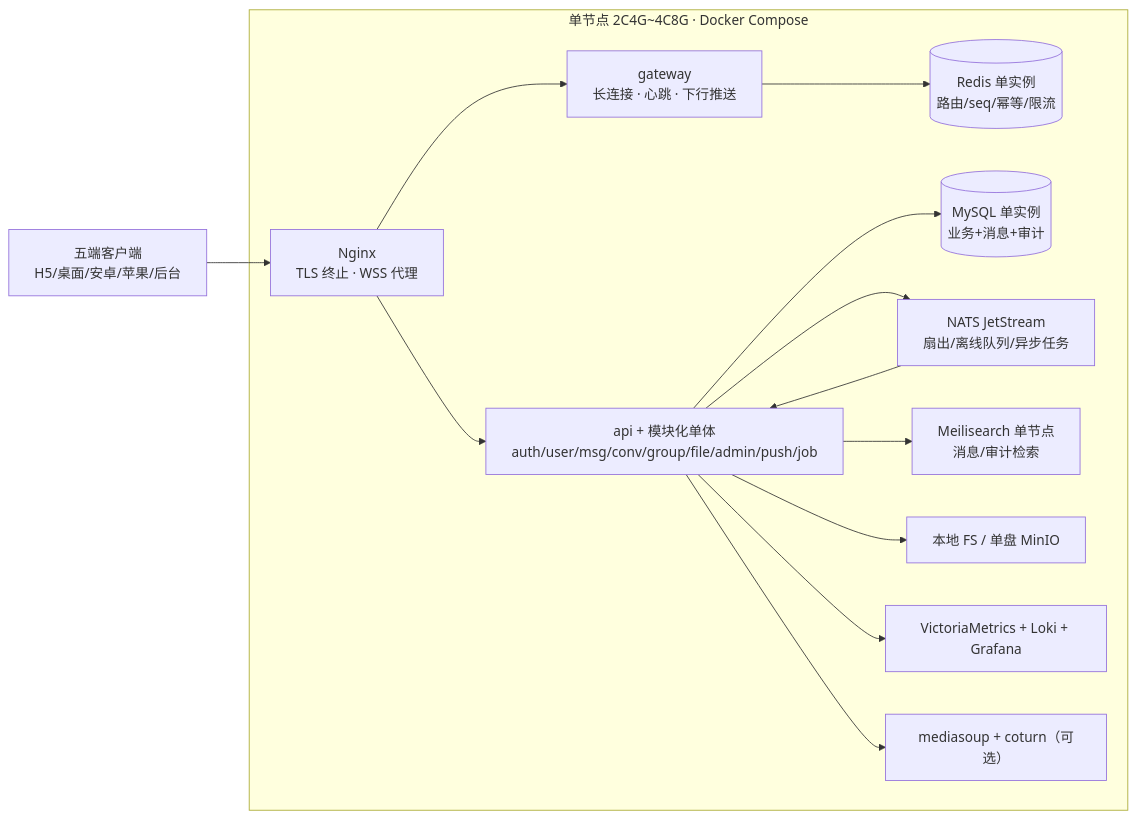
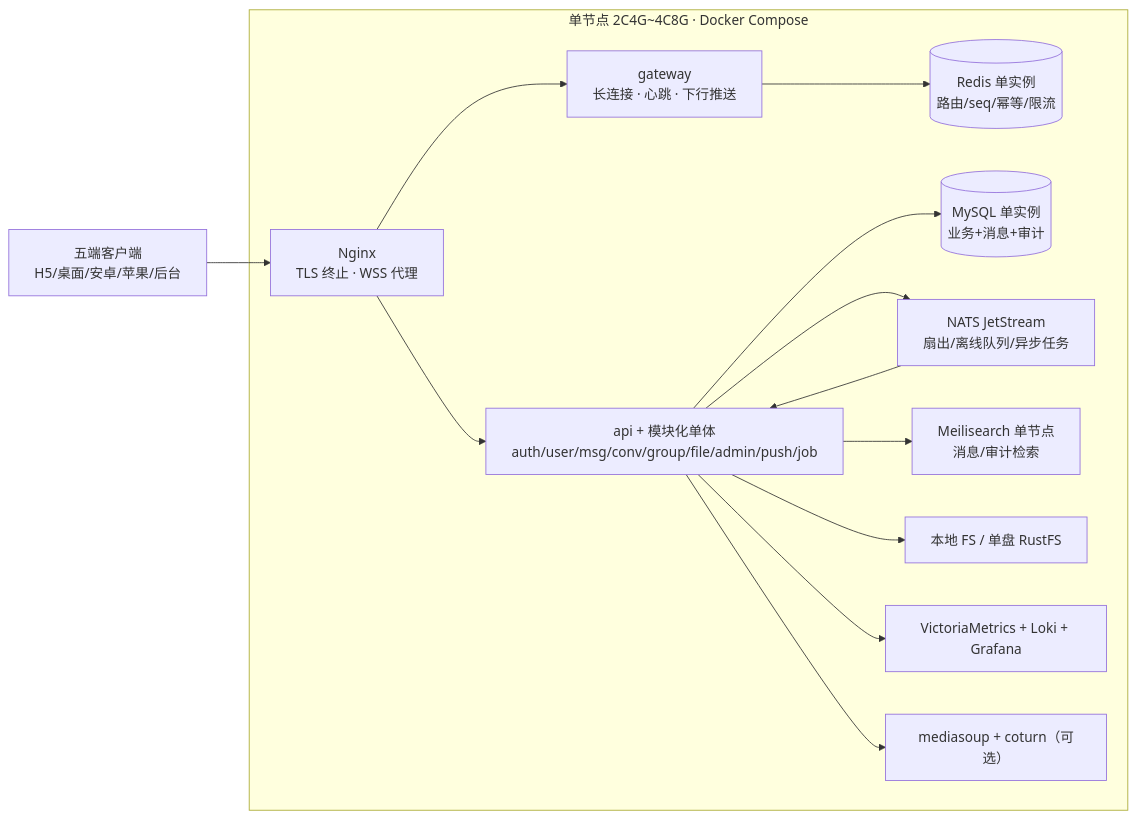
Diagram 12 of 12 in docs/02-技术架构文档.md (xiaoniuyun/NexIM), drawn with Mermaid before and after one commit. The commit also changed other lines of this file and 1874 other files, not shown here.

````diff
--- a/docs/02-技术架构文档.md
+++ b/docs/02-技术架构文档.md
@@ -1176,16 +1176,16 @@
 ```mermaid
 flowchart LR
     C["五端客户端<br/>H5/桌面/安卓/苹果/后台"] --> NG["Nginx<br/>TLS 终止 · WSS 代理"]
     subgraph NODE["单节点 2C4G~4C8G · Docker Compose"]
         NG --> GW["gateway<br/>长连接 · 心跳 · 下行推送"]
         NG --> API["api + 模块化单体<br/>auth/user/msg/conv/group/file/admin/push/job"]
         GW --> RD[("Redis 单实例<br/>路由/seq/幂等/限流")]
         API --> MY[("MySQL 单实例<br/>业务+消息+审计")]
         API --> MQ["NATS JetStream<br/>扇出/离线队列/异步任务"]
         MQ --> API
         API --> MS["Meilisearch 单节点<br/>消息/审计检索"]
-        API --> FS["本地 FS / 单盘 MinIO"]
+        API --> FS["本地 FS / 单盘 RustFS"]
         API --> OBS["VictoriaMetrics + Loki + Grafana"]
         API --> RTC["mediasoup + coturn（可选）"]
     end
 ```
````
